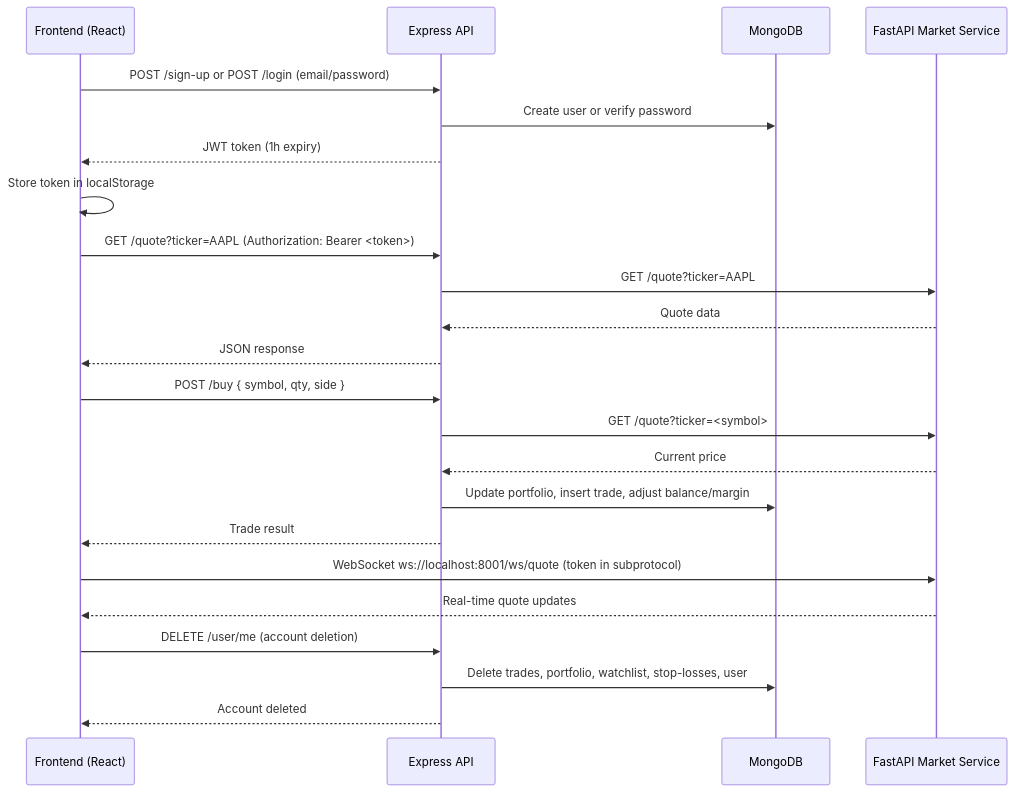
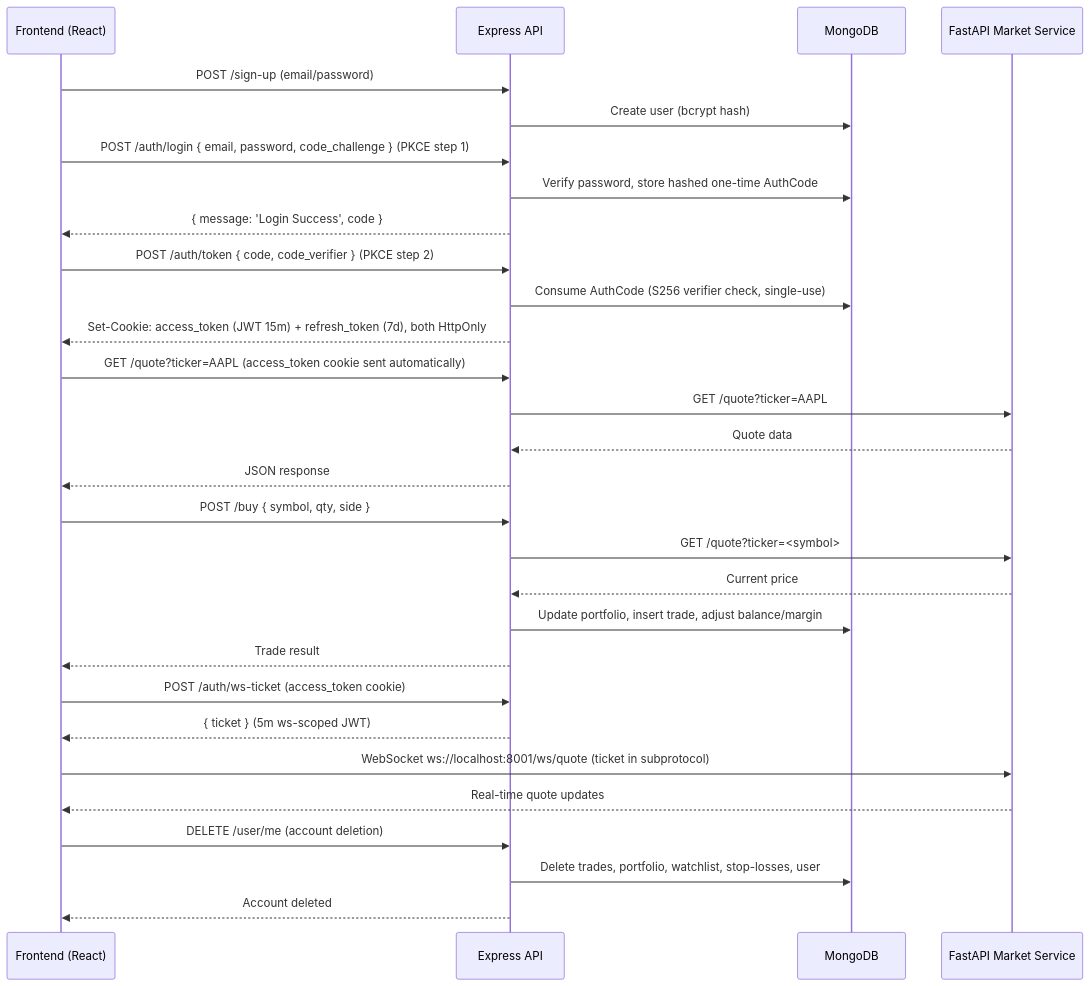
One commit to ArmaanAmoli/Paper-Trading-App changed the diagram in docs/architecture.md. Above: the diagram before and after it, drawn with Mermaid. The commit also changed 11 other files, not shown here.

First line of the commit message:
docs: update docs for PKCE auth and HttpOnly cookie sessions

````diff
--- a/docs/architecture.md
+++ b/docs/architecture.md
@@ -82,30 +82,37 @@
 ```mermaid
 sequenceDiagram
     participant UI as Frontend (React)
     participant API as Express API
     participant DB as MongoDB
     participant PY as FastAPI Market Service
 
-    UI->>API: POST /sign-up or POST /login (email/password)
-    API->>DB: Create user or verify password
-    API-->>UI: JWT token (1h expiry)
-    UI->>UI: Store token in localStorage
+    UI->>API: POST /sign-up (email/password)
+    API->>DB: Create user (bcrypt hash)
 
-    UI->>API: GET /quote?ticker=AAPL (Authorization: Bearer <token>)
+    UI->>API: POST /auth/login { email, password, code_challenge } (PKCE step 1)
+    API->>DB: Verify password, store hashed one-time AuthCode
+    API-->>UI: { message: 'Login Success', code }
+    UI->>API: POST /auth/token { code, code_verifier } (PKCE step 2)
+    API->>DB: Consume AuthCode (S256 verifier check, single-use)
+    API-->>UI: Set-Cookie: access_token (JWT 15m) + refresh_token (7d), both HttpOnly
+
+    UI->>API: GET /quote?ticker=AAPL (access_token cookie sent automatically)
     API->>PY: GET /quote?ticker=AAPL
     PY-->>API: Quote data
     API-->>UI: JSON response
 
     UI->>API: POST /buy { symbol, qty, side }
     API->>PY: GET /quote?ticker=<symbol>
     PY-->>API: Current price
     API->>DB: Update portfolio, insert trade, adjust balance/margin
     API-->>UI: Trade result
 
-    UI->>PY: WebSocket ws://localhost:8001/ws/quote (token in subprotocol)
+    UI->>API: POST /auth/ws-ticket (access_token cookie)
+    API-->>UI: { ticket } (5m ws-scoped JWT)
+    UI->>PY: WebSocket ws://localhost:8001/ws/quote (ticket in subprotocol)
     PY-->>UI: Real-time quote updates
 
     UI->>API: DELETE /user/me (account deletion)
     API->>DB: Delete trades, portfolio, watchlist, stop-losses, user
     API-->>UI: Account deleted
 ```
````
